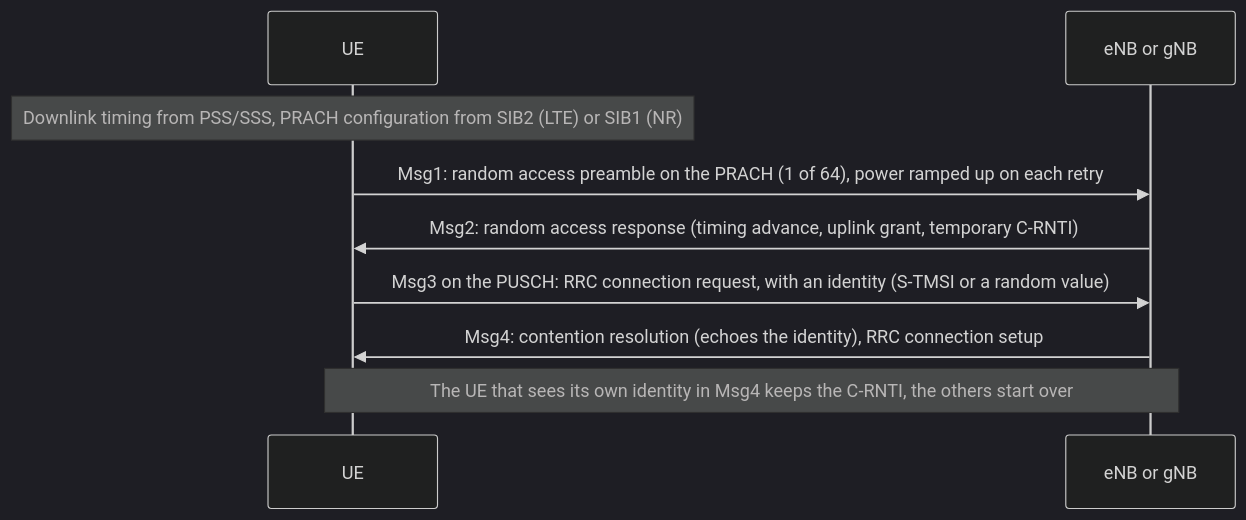
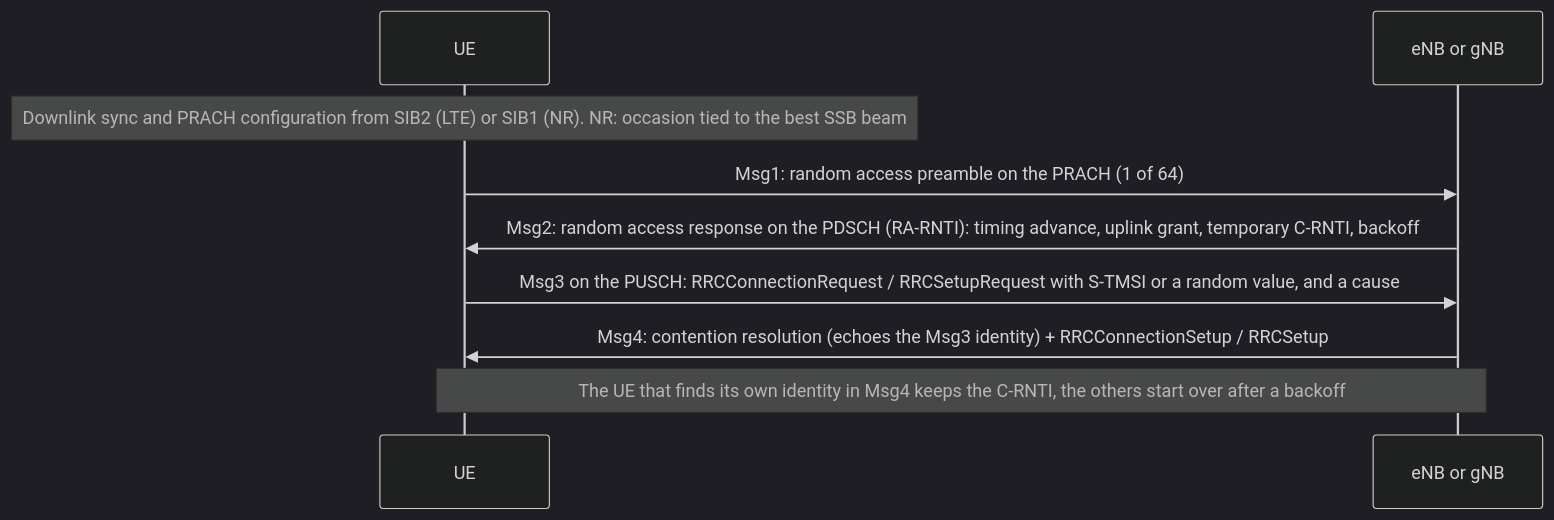
One commit to yassineflag/engineering-notes-public changed the fourth of 9 diagrams in wireless-protocols-and-connectivity/cellular/cellular.md. Above: the diagram before and after it, drawn with Mermaid (dark theme). The commit also changed other lines of this file, not shown here.

````diff
--- a/wireless-protocols-and-connectivity/cellular/cellular.md
+++ b/wireless-protocols-and-connectivity/cellular/cellular.md
@@ -668,11 +699,11 @@
 ```mermaid
 sequenceDiagram
     participant UE
     participant BS as eNB or gNB
-    Note over UE: Downlink timing from PSS/SSS, PRACH configuration from SIB2 (LTE) or SIB1 (NR)
-    UE->>BS: Msg1: random access preamble on the PRACH (1 of 64), power ramped up on each retry
-    BS->>UE: Msg2: random access response (timing advance, uplink grant, temporary C-RNTI)
-    UE->>BS: Msg3 on the PUSCH: RRC connection request, with an identity (S-TMSI or a random value)
-    BS->>UE: Msg4: contention resolution (echoes the identity), RRC connection setup
-    Note over UE,BS: The UE that sees its own identity in Msg4 keeps the C-RNTI, the others start over
+    Note over UE: Downlink sync and PRACH configuration from SIB2 (LTE) or SIB1 (NR). NR: occasion tied to the best SSB beam
+    UE->>BS: Msg1: random access preamble on the PRACH (1 of 64)
+    BS->>UE: Msg2: random access response on the PDSCH (RA-RNTI): timing advance, uplink grant, temporary C-RNTI, backoff
+    UE->>BS: Msg3 on the PUSCH: RRCConnectionRequest / RRCSetupRequest with S-TMSI or a random value, and a cause
+    BS->>UE: Msg4: contention resolution (echoes the Msg3 identity) + RRCConnectionSetup / RRCSetup
+    Note over UE,BS: The UE that finds its own identity in Msg4 keeps the C-RNTI, the others start over after a backoff
 ```
````
